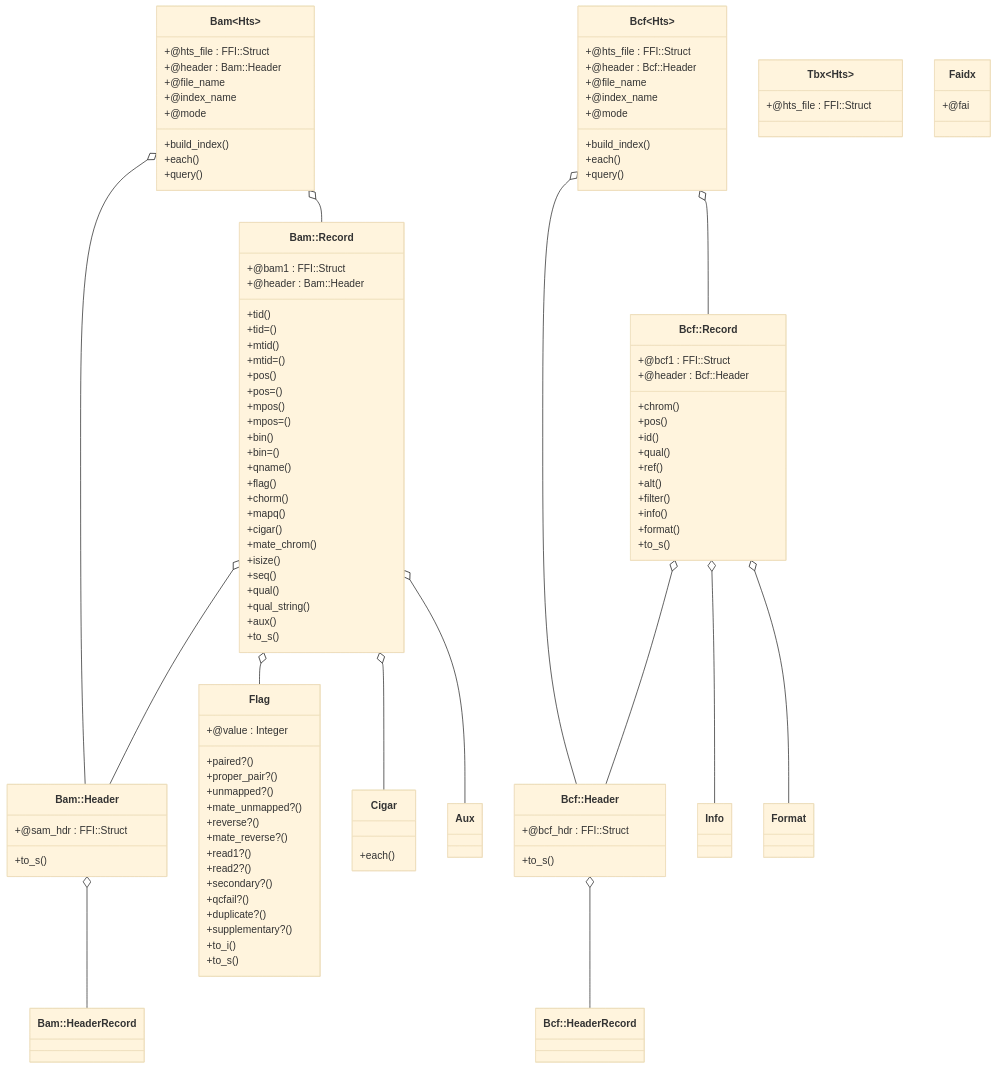
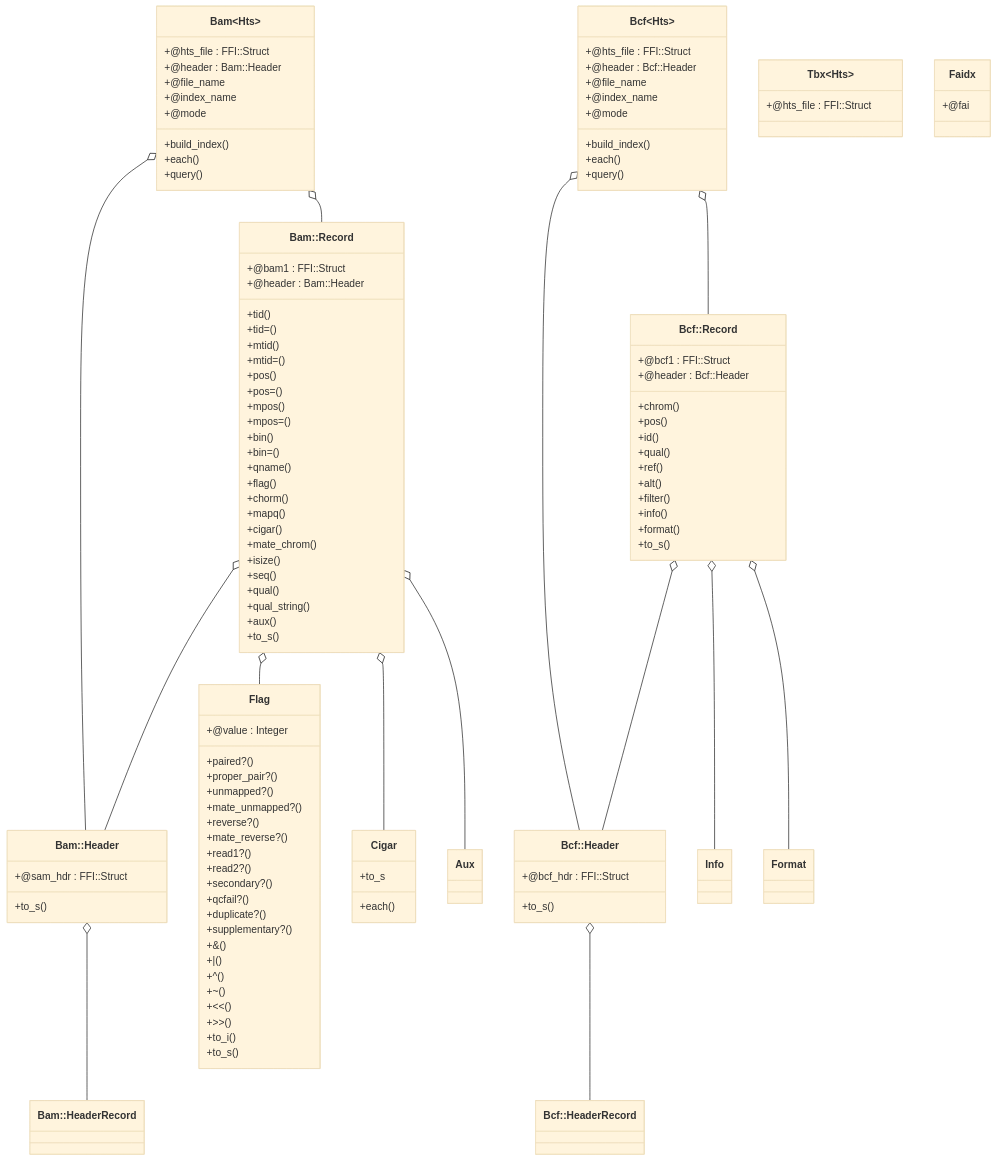
The diagram in TUTORIAL.md (kojix2/ruby-htslib), drawn with Mermaid before and after one commit.

```diff
--- a/TUTORIAL.md
+++ b/TUTORIAL.md
@@ -101,11 +101,18 @@
   +qcfail?()
   +duplicate?()
   +supplementary?()
+  +&()
+  +|()
+  +^()
+  +~()
+  +<<()
+  +>>()
   +to_i()
   +to_s()
 }
 class Cigar {
   +each()
+  +to_s
 }
 class Faidx{
   +@fai
```
